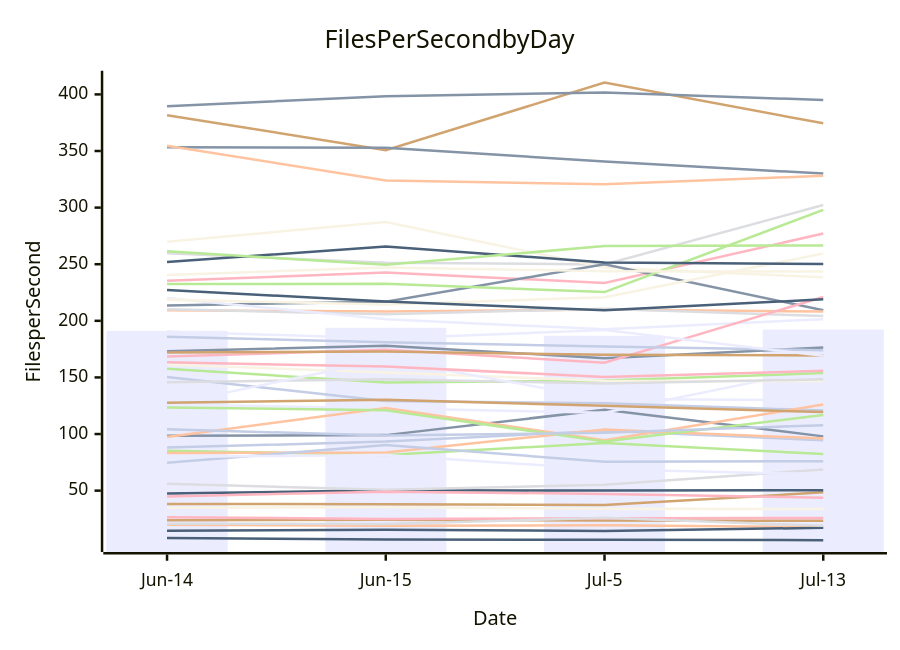
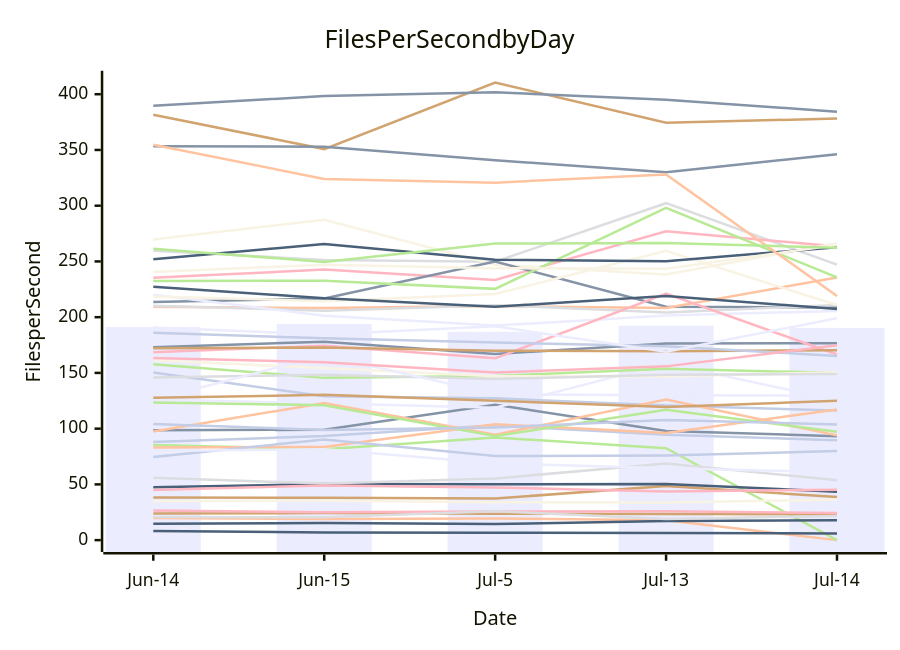
The diagram in perf-report.md (kenji-miyake/cspell), drawn with Mermaid before and after one commit. The commit also changed other lines of this file and 2 other files, not shown here.

````diff
--- a/perf-report.md
+++ b/perf-report.md
@@ -11,57 +11,57 @@
 ```mermaid
 xychart-beta
     title Files Per Second by Day
     y-axis Files per Second
-    x-axis Date [Jun-14, Jun-15, Jul-5, Jul-13]
-    bar [191.12, 193.90, 186.85, 192.31]
-    line [98.55, 99.04, 121.46, 97.93]
-    line [19.91, 18.97, 19.46, 17.82]
-    line [259.60, 251.39, 249.74, 302.24]
-    line [85.34, 81.59, 92.06, 82.41]
-    line [38.26, 38.06, 37.33, 48.47]
-    line [88.07, 93.31, 102.97, 94.47]
-    line [235.41, 242.68, 233.42, 277.07]
-    line [8.24, 6.81, 6.57, 6.29]
-    line [269.77, 287.34, 247.09, 238.39]
-    line [126.17, 122.75, 118.72, 158.48]
-    line [213.64, 216.83, 249.94, 209.39]
-    line [209.33, 208.22, 209.98, 208.19]
-    line [210.20, 205.78, 210.72, 204.20]
-    line [157.77, 145.55, 147.25, 153.81]
-    line [23.82, 24.25, 23.61, 23.34]
-    line [150.40, 129.14, 127.24, 120.84]
-    line [26.48, 25.01, 25.58, 25.88]
-    line [14.65, 15.42, 14.44, 17.18]
-    line [161.35, 154.33, 147.06, 146.76]
-    line [220.12, 201.30, 192.47, 201.45]
-    line [173.03, 177.99, 166.99, 176.39]
-    line [83.17, 83.60, 104.04, 96.02]
-    line [145.81, 148.34, 144.57, 148.29]
-    line [232.54, 232.69, 225.39, 298.01]
-    line [381.64, 350.78, 410.40, 374.43]
-    line [74.53, 90.33, 75.44, 76.00]
-    line [168.46, 174.35, 163.07, 221.06]
-    line [47.54, 50.24, 50.17, 50.42]
-    line [218.65, 214.39, 220.82, 259.46]
-    line [125.76, 165.92, 130.91, 129.95]
-    line [353.38, 352.89, 340.70, 330.04]
-    line [97.48, 122.92, 94.49, 126.09]
-    line [55.98, 50.73, 55.28, 68.71]
-    line [123.50, 121.07, 93.33, 116.87]
-    line [172.10, 172.90, 169.94, 169.41]
-    line [185.95, 181.08, 177.29, 174.01]
-    line [163.34, 159.60, 150.47, 155.87]
-    line [251.95, 265.72, 251.57, 250.26]
-    line [240.44, 247.10, 243.88, 243.47]
-    line [79.92, 81.44, 68.91, 64.41]
-    line [389.62, 398.36, 401.72, 395.07]
-    line [354.69, 323.95, 320.66, 328.06]
-    line [20.77, 20.56, 26.00, 18.90]
-    line [261.42, 249.50, 266.02, 266.63]
-    line [127.61, 130.38, 124.96, 119.39]
-    line [104.15, 98.74, 101.09, 107.84]
-    line [44.93, 49.08, 47.14, 43.65]
-    line [227.27, 217.03, 209.38, 218.96]
-    line [34.98, 35.43, 33.94, 33.78]
-    line [190.66, 184.43, 191.84, 169.05]
+    x-axis Date [Jun-14, Jun-15, Jul-5, Jul-13, Jul-14]
+    bar [191.12, 193.90, 186.85, 192.31, 190.41]
+    line [98.55, 99.04, 121.46, 97.93, 93.20]
+    line [19.91, 18.97, 19.46, 17.82, 0.00]
+    line [259.60, 251.39, 249.74, 302.24, 247.12]
+    line [85.34, 81.59, 92.06, 82.41, 0.00]
+    line [38.26, 38.06, 37.33, 48.47, 38.78]
+    line [88.07, 93.31, 102.97, 94.47, 89.61]
+    line [235.41, 242.68, 233.42, 277.07, 263.46]
+    line [8.24, 6.81, 6.57, 6.29, 5.99]
+    line [269.77, 287.34, 247.09, 238.39, 266.35]
+    line [126.17, 122.75, 118.72, 158.48, 125.71]
+    line [213.64, 216.83, 249.94, 209.39, 208.66]
+    line [209.33, 208.22, 209.98, 208.19, 235.62]
+    line [210.20, 205.78, 210.72, 204.20, 210.89]
+    line [157.77, 145.55, 147.25, 153.81, 149.95]
+    line [23.82, 24.25, 23.61, 23.34, 23.13]
+    line [150.40, 129.14, 127.24, 120.84, 116.19]
+    line [26.48, 25.01, 25.58, 25.88, 24.35]
+    line [14.65, 15.42, 14.44, 17.18, 17.79]
+    line [161.35, 154.33, 147.06, 146.76, 150.64]
+    line [220.12, 201.30, 192.47, 201.45, 205.63]
+    line [173.03, 177.99, 166.99, 176.39, 176.66]
+    line [83.17, 83.60, 104.04, 96.02, 117.19]
+    line [145.81, 148.34, 144.57, 148.29, 149.04]
+    line [232.54, 232.69, 225.39, 298.01, 235.70]
+    line [381.64, 350.78, 410.40, 374.43, 378.19]
+    line [74.53, 90.33, 75.44, 76.00, 79.85]
+    line [168.46, 174.35, 163.07, 221.06, 166.51]
+    line [47.54, 50.24, 50.17, 50.42, 43.48]
+    line [218.65, 214.39, 220.82, 259.46, 210.89]
+    line [125.76, 165.92, 130.91, 129.95, 129.48]
+    line [353.38, 352.89, 340.70, 330.04, 346.23]
+    line [97.48, 122.92, 94.49, 126.09, 93.95]
+    line [55.98, 50.73, 55.28, 68.71, 53.74]
+    line [123.50, 121.07, 93.33, 116.87, 97.14]
+    line [172.10, 172.90, 169.94, 169.41, 170.43]
+    line [185.95, 181.08, 177.29, 174.01, 165.19]
+    line [163.34, 159.60, 150.47, 155.87, 174.78]
+    line [251.95, 265.72, 251.57, 250.26, 262.67]
+    line [240.44, 247.10, 243.88, 243.47, 264.83]
+    line [79.92, 81.44, 68.91, 64.41, 60.79]
+    line [389.62, 398.36, 401.72, 395.07, 384.35]
+    line [354.69, 323.95, 320.66, 328.06, 219.05]
+    line [20.77, 20.56, 26.00, 18.90, 21.75]
+    line [261.42, 249.50, 266.02, 266.63, 262.26]
+    line [127.61, 130.38, 124.96, 119.39, 125.03]
+    line [104.15, 98.74, 101.09, 107.84, 103.69]
+    line [44.93, 49.08, 47.14, 43.65, 45.21]
+    line [227.27, 217.03, 209.38, 218.96, 207.36]
+    line [34.98, 35.43, 33.94, 33.78, 36.48]
+    line [190.66, 184.43, 191.84, 169.05, 199.09]
 ```
````
